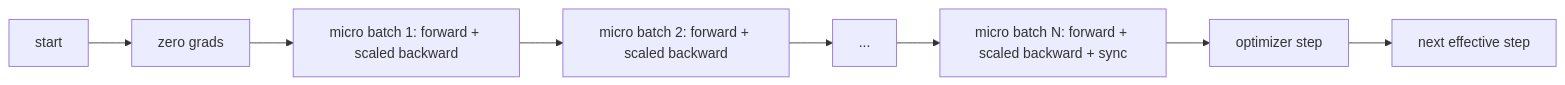
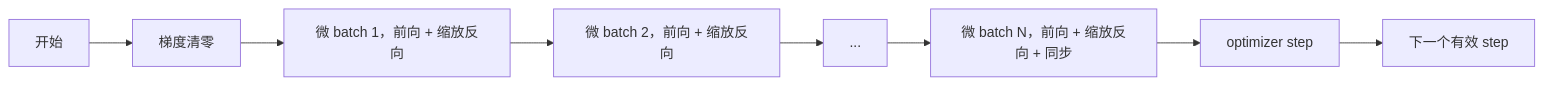
One commit to JerryC8080/ai-engineering-from-scratch-zh changed the first of 2 diagrams in phases/19-capstone-projects/46-gradient-accumulation/docs/zh.md. Above: the diagram before and after it, drawn with Mermaid. The commit also changed other lines of this file and 156 other files, not shown here.

First line of the commit message:
i18n(zh): translate mermaid diagram labels in 157 lesson zh.md

````diff
--- a/phases/19-capstone-projects/46-gradient-accumulation/docs/zh.md
+++ b/phases/19-capstone-projects/46-gradient-accumulation/docs/zh.md
@@ -27,10 +27,10 @@
 ```mermaid
 flowchart LR
-  start[start] --> zero[zero grads]
-  zero --> mb1[micro batch 1: forward + scaled backward]
-  mb1 --> mb2[micro batch 2: forward + scaled backward]
+  start[开始] --> zero[梯度清零]
+  zero --> mb1[微 batch 1，前向 + 缩放反向]
+  mb1 --> mb2[微 batch 2，前向 + 缩放反向]
   mb2 --> dots[...]
-  dots --> mbN[micro batch N: forward + scaled backward + sync]
+  dots --> mbN[微 batch N，前向 + 缩放反向 + 同步]
   mbN --> step[optimizer step]
-  step --> next[next effective step]
+  step --> next[下一个有效 step]
 ```
````
